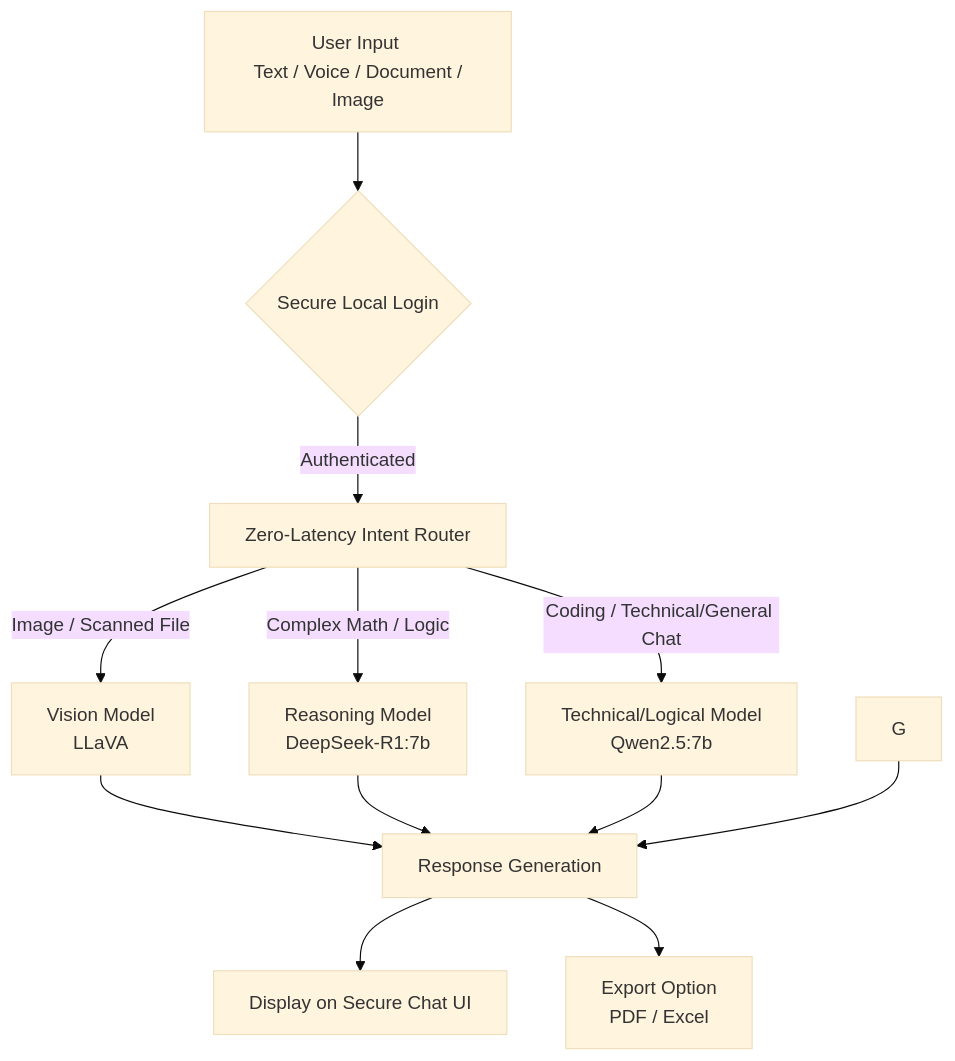
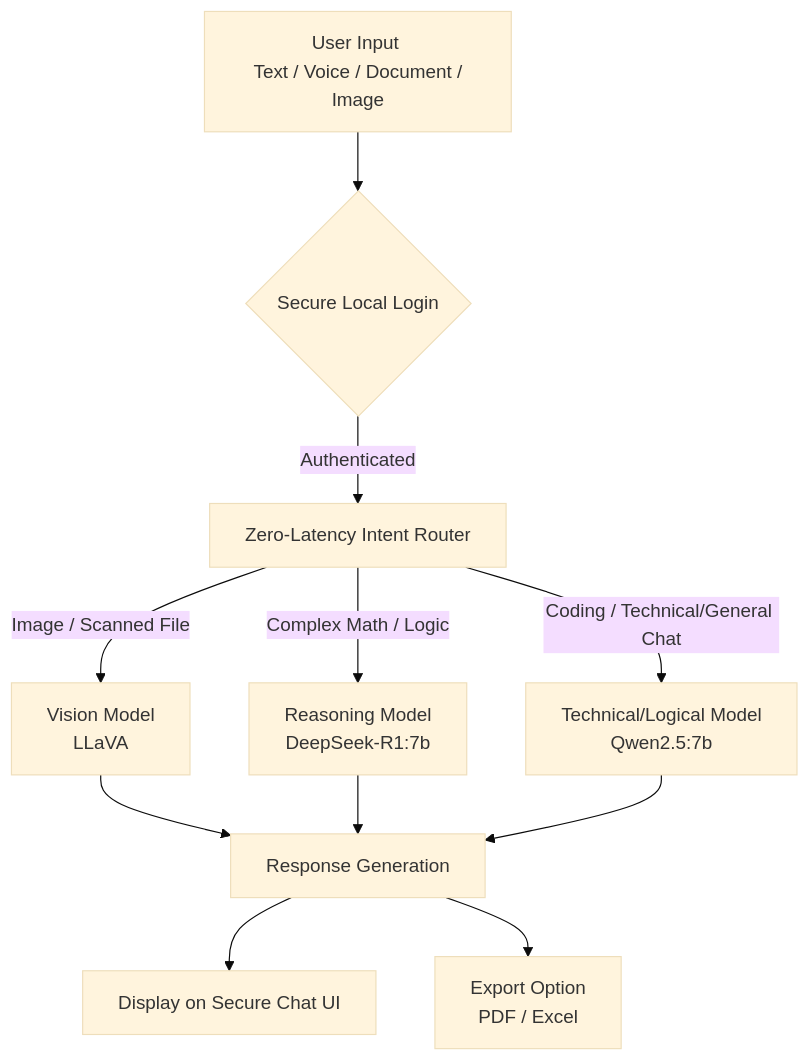
The diagram in README.md (gaurav9977777/SOVARA), drawn with Mermaid (base theme) before and after one commit.

Commit message:
fourth  commit

````diff
--- a/README.md
+++ b/README.md
@@ -18,17 +18,16 @@
 ```mermaid
 graph TD
     A[User Input <br/> Text / Voice / Document / Image] --> B{Secure Local Login}
     B -->|Authenticated| C[Zero-Latency Intent Router]
     
     C -->|Image / Scanned File| D[Vision Model <br/> LLaVA]
     C -->|Complex Math / Logic| E[Reasoning Model <br/> DeepSeek-R1:7b]
     C -->|Coding / Technical/General Chat| F[Technical/Logical Model <br/> Qwen2.5:7b]
     
     D --> H[Response Generation]
     E --> H
     F --> H
-    G --> H
     
     H --> I[Display on Secure Chat UI]
     H --> J[Export Option <br/> PDF / Excel]
 ```
````
